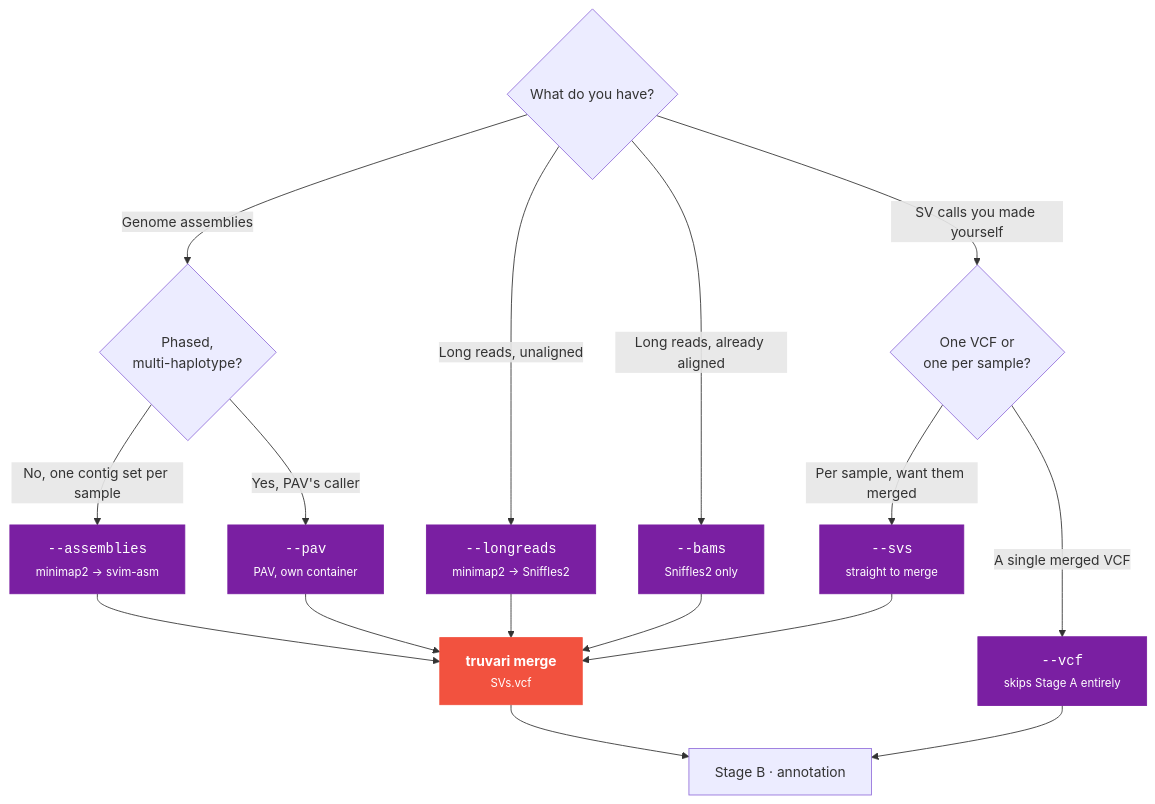
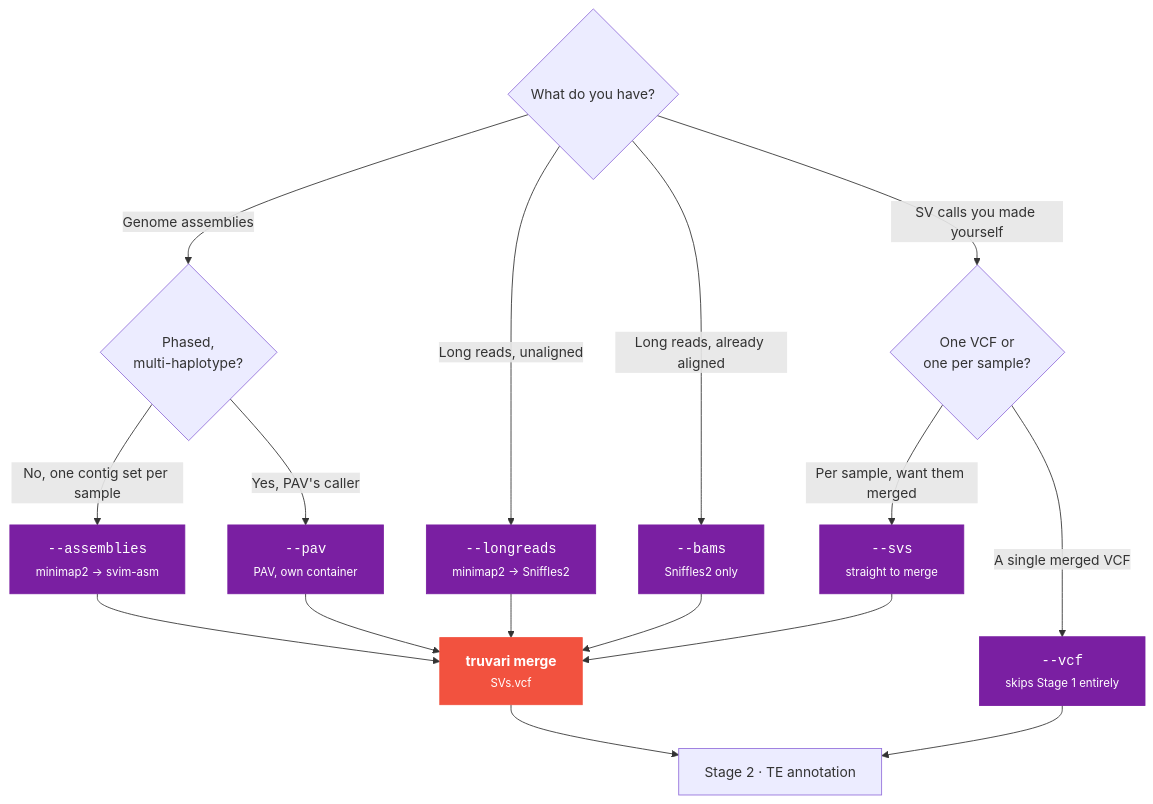
Before and after one commit to cgroza/GraffiTE: the diagram in docs/guides/discovery.md, drawn with Mermaid. The commit also changed other lines of this file and 19 other files, not shown here.

````diff
--- a/docs/guides/discovery.md
+++ b/docs/guides/discovery.md
@@ -25,28 +25,28 @@
 ```mermaid
 flowchart TD
     Q0{"What do you have?"}
 
     Q0 -->|Genome assemblies| Q1{"Phased,<br/>multi-haplotype?"}
     Q0 -->|Long reads, unaligned| LR["<code>--longreads</code><br/><small>minimap2 → Sniffles2</small>"]
     Q0 -->|Long reads, already aligned| BM["<code>--bams</code><br/><small>Sniffles2 only</small>"]
     Q0 -->|SV calls you made yourself| Q2{"One VCF or<br/>one per sample?"}
 
     Q1 -->|"No, one contig set per sample"| SA["<code>--assemblies</code><br/><small>minimap2 → svim-asm</small>"]
     Q1 -->|"Yes, PAV's caller"| PV["<code>--pav</code><br/><small>PAV, own container</small>"]
 
     Q2 -->|"Per sample, want them merged"| SV["<code>--svs</code><br/><small>straight to merge</small>"]
-    Q2 -->|"A single merged VCF"| VC["<code>--vcf</code><br/><small>skips Stage A entirely</small>"]
+    Q2 -->|"A single merged VCF"| VC["<code>--vcf</code><br/><small>skips Stage 1 entirely</small>"]
 
     SA --> M["<b>truvari merge</b><br/><small>SVs.vcf</small>"]
     PV --> M
     LR --> M
     BM --> M
     SV --> M
-    M --> B["Stage B · annotation"]
+    M --> B["Stage 2 · TE annotation"]
     VC --> B
 
     classDef entry fill:#7a1fa2,stroke:#7a1fa2,color:#fff;
     classDef merge fill:#f2523f,stroke:#f2523f,color:#fff;
     class SA,PV,LR,BM,SV,VC entry;
     class M merge;
 ```
````
